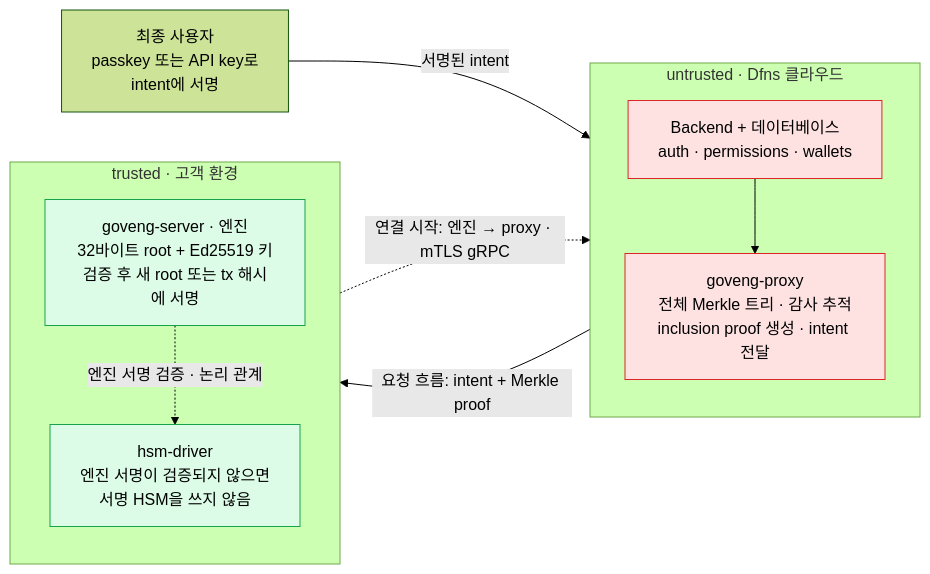
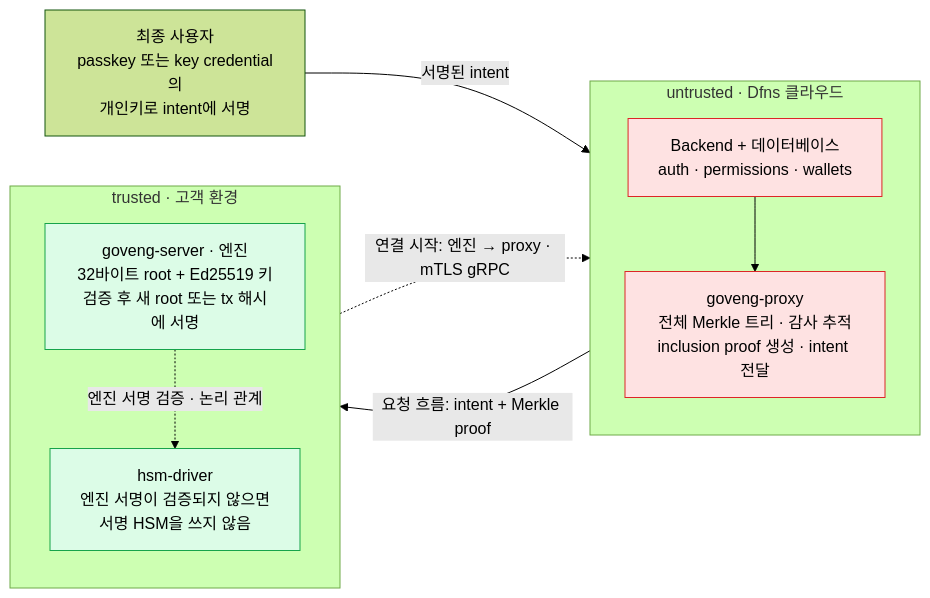
The second of 3 diagrams in blockchain-manager/docs/WaaS 도입·구축/Dfns/01-governance-engine.md (eunsujeo/eunpus), drawn with Mermaid (forest theme) before and after one commit. The commit also changed other lines of this file and 10 other files, not shown here.

````diff
--- a/blockchain-manager/docs/WaaS 도입·구축/Dfns/01-governance-engine.md
+++ b/blockchain-manager/docs/WaaS 도입·구축/Dfns/01-governance-engine.md
@@ -86,22 +74,22 @@
 ```mermaid
 flowchart LR
   subgraph UNT["untrusted · Dfns 클라우드"]
     direction TB
     BE["Backend + 데이터베이스<br/>auth · permissions · wallets"]
     PX["goveng-proxy<br/>전체 Merkle 트리 · 감사 추적<br/>inclusion proof 생성 · intent 전달"]
     BE --> PX
   end
   subgraph TR["trusted · 고객 환경"]
     direction TB
     EN["goveng-server · 엔진<br/>32바이트 root + Ed25519 키<br/>검증 후 새 root 또는 tx 해시에 서명"]
     HD["hsm-driver<br/>엔진 서명이 검증되지 않으면<br/>서명 HSM을 쓰지 않음"]
     EN -.->|"엔진 서명 검증 · 논리 관계"| HD
   end
-  U["최종 사용자<br/>passkey 또는 API key로<br/>intent에 서명"] -->|"서명된 intent"| BE
+  U["최종 사용자<br/>passkey 또는 key credential의<br/>개인키로 intent에 서명"] -->|"서명된 intent"| BE
   PX -->|"요청 흐름: intent + Merkle proof"| EN
   EN -.->|"연결 시작: 엔진 → proxy · mTLS gRPC"| PX
   classDef bad fill:#fee2e2,stroke:#dc2626
   classDef good fill:#dcfce7,stroke:#16a34a
   class BE,PX bad
   class EN,HD good
 ```
````
